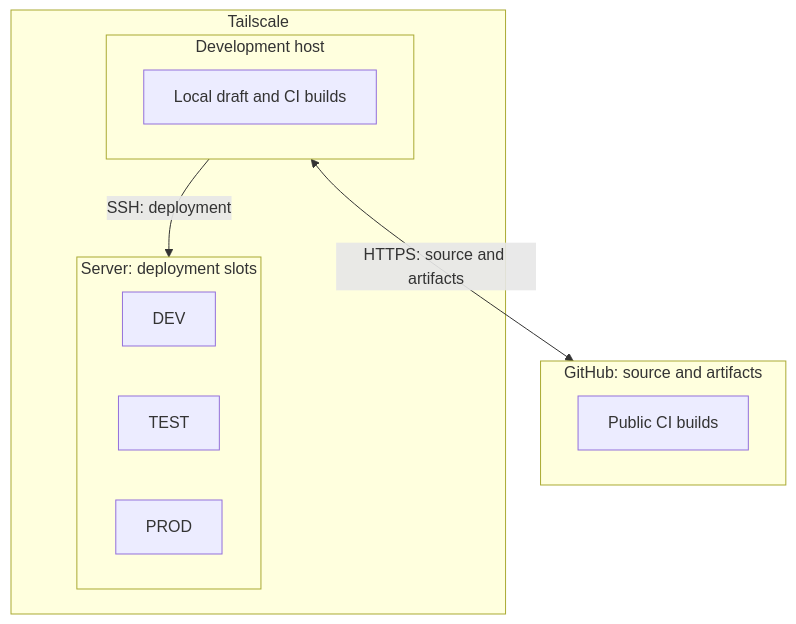
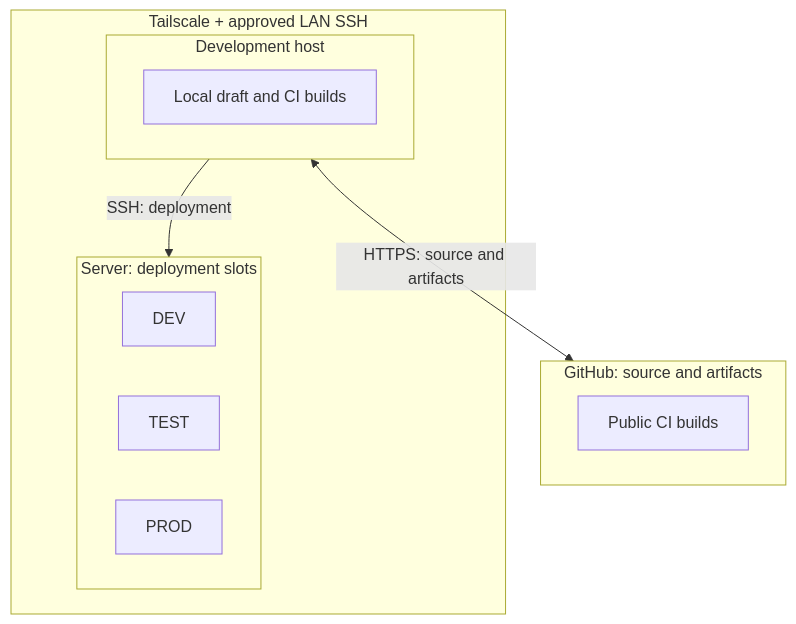
The third of 5 diagrams in docs/openclaw-setup/security-architecture.md (coletaylor788/puddles), drawn with Mermaid before and after one commit. The commit also changed other lines of this file and 1 other file, not shown here.

Commit message:
docs: allow approved LAN SSH for unattended development

````diff
--- a/docs/openclaw-setup/security-architecture.md
+++ b/docs/openclaw-setup/security-architecture.md
@@ -105,18 +110,18 @@
 ```mermaid
 flowchart TB
     subgraph GitHub["GitHub: source and artifacts"]
         CI["Public CI builds"]
     end
-    subgraph Tailnet["Tailscale"]
+    subgraph Tailnet["Tailscale + approved LAN SSH"]
         subgraph Host["Development host"]
             Builds["Local draft and CI builds"]
         end
         subgraph Server["Server: deployment slots"]
             DEV["DEV"]
             TEST["TEST"]
             PROD["PROD"]
         end
     end
     Host <-->|"HTTPS: source and artifacts"| GitHub
     Host -->|"SSH: deployment"| Server
 ```
````
